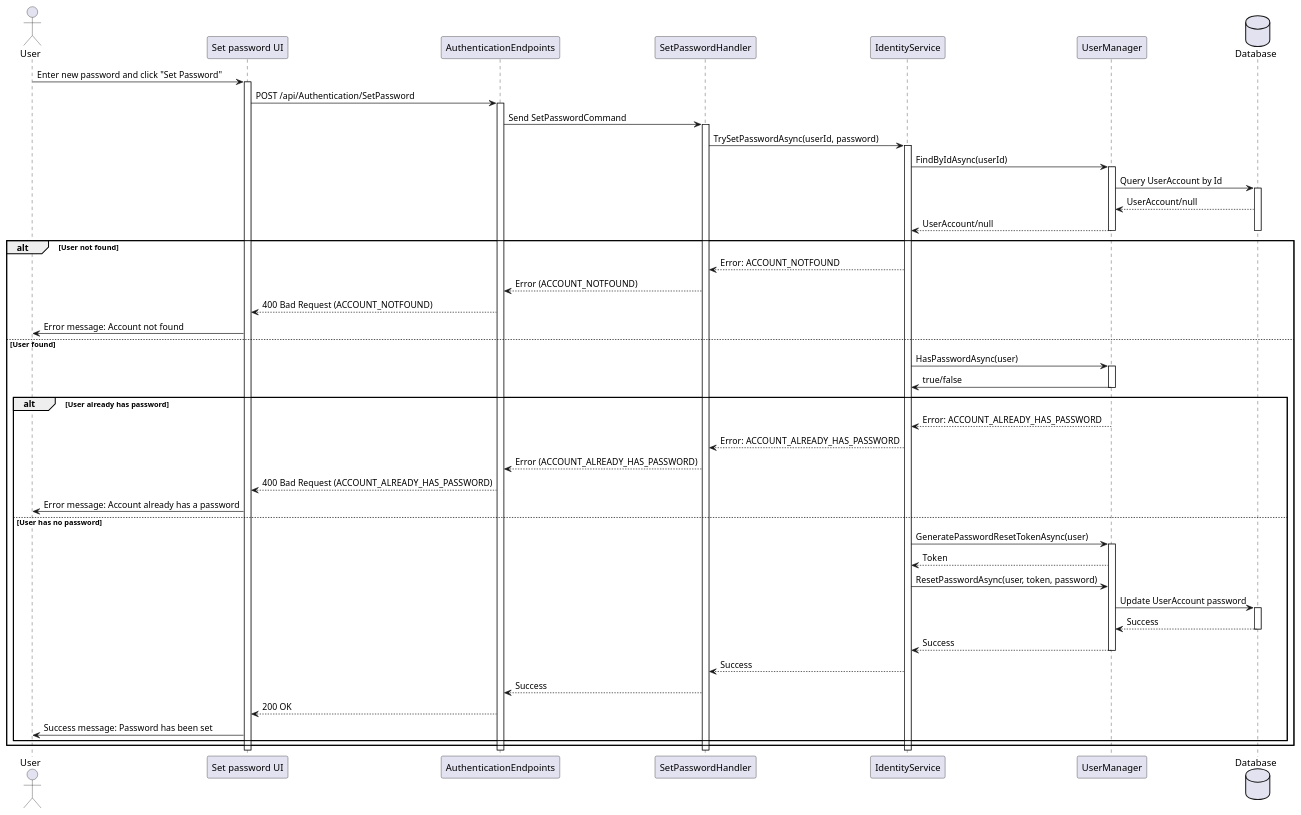
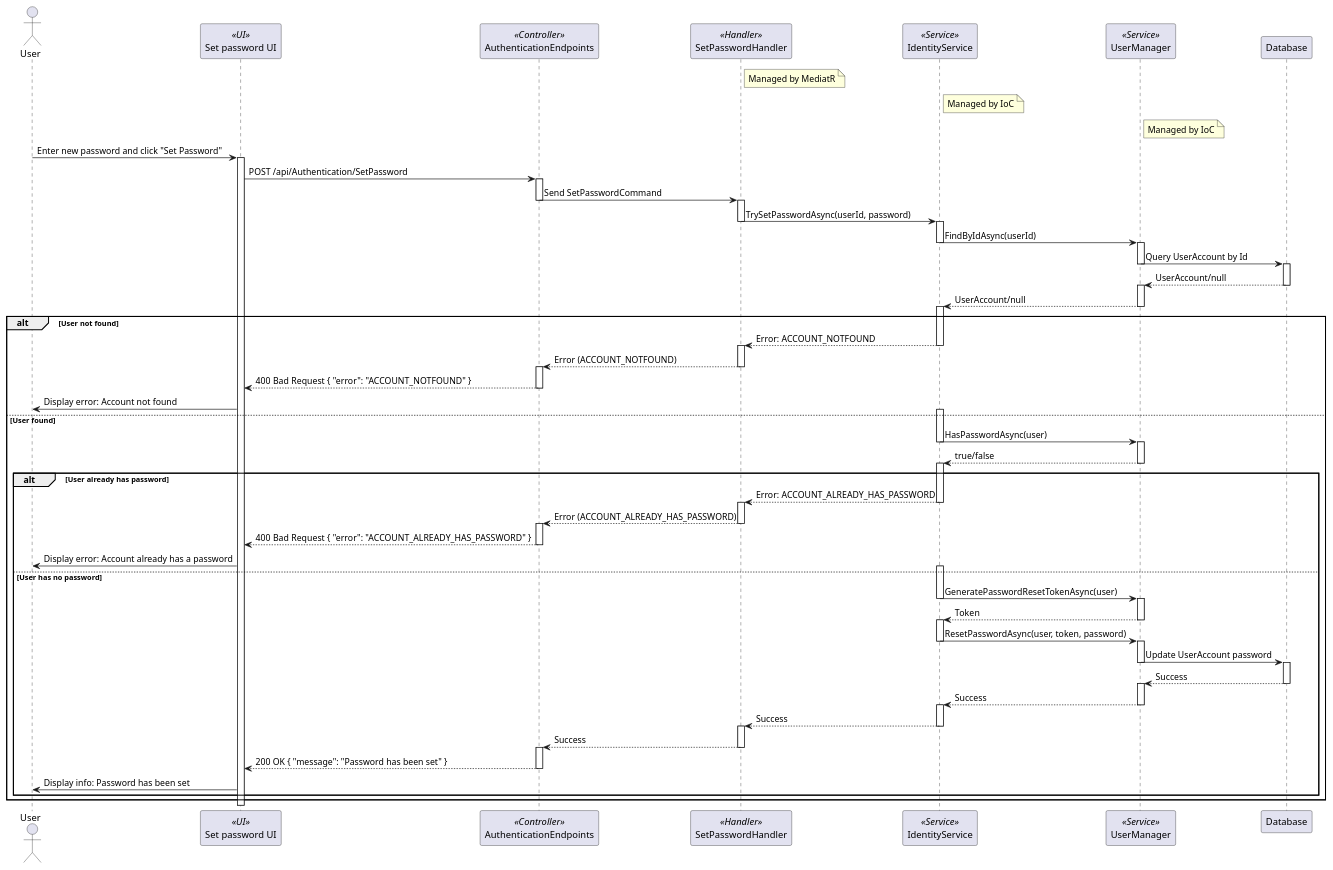
One commit to thanhkhac/SEP_Diagram changed the diagram in authentication/sequence/11_SetPassword.puml. Above: the diagram before and after it, drawn with PlantUML. The commit also changed 30 other files, not shown here.

Commit message:
Enhance sequence diagrams with detailed flow and roles

```diff
--- a/authentication/sequence/11_SetPassword.puml
+++ b/authentication/sequence/11_SetPassword.puml
@@ -1,67 +1,104 @@
 @startuml
 actor User
-participant "Set password UI" as UI
-participant AuthenticationEndpoints
-participant SetPasswordHandler
-participant IdentityService
-participant UserManager
-Database Database
+participant "Set password UI" as UI <<UI>>
+participant AuthenticationEndpoints <<Controller>>
+participant SetPasswordHandler <<Handler>>
+participant IdentityService <<Service>>
+participant UserManager <<Service>>
+participant Database
+
+note right of SetPasswordHandler
+  Managed by MediatR
+end note
+
+note right of IdentityService
+  Managed by IoC
+end note
+
+note right of UserManager
+  Managed by IoC
+end note
 
 User -> UI : Enter new password and click "Set Password"
 activate UI
 UI -> AuthenticationEndpoints : POST /api/Authentication/SetPassword
 activate AuthenticationEndpoints
 AuthenticationEndpoints -> SetPasswordHandler : Send SetPasswordCommand
+deactivate AuthenticationEndpoints
 activate SetPasswordHandler
 SetPasswordHandler -> IdentityService : TrySetPasswordAsync(userId, password)
+deactivate SetPasswordHandler
 activate IdentityService
 IdentityService -> UserManager : FindByIdAsync(userId)
+deactivate IdentityService
 activate UserManager
 UserManager -> Database : Query UserAccount by Id
+deactivate UserManager
 activate Database
 Database --> UserManager : UserAccount/null
-    UserManager --> IdentityService : UserAccount/null
-
 deactivate Database
+activate UserManager
+UserManager --> IdentityService : UserAccount/null
+deactivate UserManager
+activate IdentityService
+alt User not found
+    IdentityService --> SetPasswordHandler : Error: ACCOUNT_NOTFOUND
+    deactivate IdentityService
+    activate SetPasswordHandler
+    SetPasswordHandler --> AuthenticationEndpoints : Error (ACCOUNT_NOTFOUND)
+    deactivate SetPasswordHandler
+    activate AuthenticationEndpoints
+    AuthenticationEndpoints --> UI : 400 Bad Request { "error": "ACCOUNT_NOTFOUND" }
+    deactivate AuthenticationEndpoints
+    UI -> User : Display error: Account not found
+else User found
+    activate IdentityService
+    IdentityService -> UserManager : HasPasswordAsync(user)
+    deactivate IdentityService
+    activate UserManager
+    UserManager --> IdentityService : true/false
     deactivate UserManager
-
-alt User not found
-    deactivate UserManager
-    IdentityService --> SetPasswordHandler : Error: ACCOUNT_NOTFOUND
-    SetPasswordHandler --> AuthenticationEndpoints : Error (ACCOUNT_NOTFOUND)
-    AuthenticationEndpoints --> UI : 400 Bad Request (ACCOUNT_NOTFOUND)
-    UI -> User : Error message: Account not found
-else User found
-    IdentityService -> UserManager : HasPasswordAsync(user)
-    activate UserManager
-    UserManager -> IdentityService: true/false
-    deactivate UserManager
+    activate IdentityService
     alt User already has password
-        UserManager --> IdentityService : Error: ACCOUNT_ALREADY_HAS_PASSWORD
-        
         IdentityService --> SetPasswordHandler : Error: ACCOUNT_ALREADY_HAS_PASSWORD
+        deactivate IdentityService
+        activate SetPasswordHandler
         SetPasswordHandler --> AuthenticationEndpoints : Error (ACCOUNT_ALREADY_HAS_PASSWORD)
-        AuthenticationEndpoints --> UI : 400 Bad Request (ACCOUNT_ALREADY_HAS_PASSWORD)
-        UI -> User : Error message: Account already has a password
+        deactivate SetPasswordHandler
+        activate AuthenticationEndpoints
+        AuthenticationEndpoints --> UI : 400 Bad Request { "error": "ACCOUNT_ALREADY_HAS_PASSWORD" }
+        deactivate AuthenticationEndpoints
+        UI -> User : Display error: Account already has a password
     else User has no password
+        activate IdentityService
         IdentityService -> UserManager : GeneratePasswordResetTokenAsync(user)
+        deactivate IdentityService
         activate UserManager
         UserManager --> IdentityService : Token
+        deactivate UserManager
+        activate IdentityService
         IdentityService -> UserManager : ResetPasswordAsync(user, token, password)
+        deactivate IdentityService
+        activate UserManager
         UserManager -> Database : Update UserAccount password
+        deactivate UserManager
         activate Database
         Database --> UserManager : Success
         deactivate Database
+        activate UserManager
         UserManager --> IdentityService : Success
         deactivate UserManager
+        activate IdentityService
         IdentityService --> SetPasswordHandler : Success
+        deactivate IdentityService
+        activate SetPasswordHandler
         SetPasswordHandler --> AuthenticationEndpoints : Success
-        AuthenticationEndpoints --> UI : 200 OK
-        UI -> User : Success message: Password has been set
+        deactivate SetPasswordHandler
+        activate AuthenticationEndpoints
+        AuthenticationEndpoints --> UI : 200 OK { "message": "Password has been set" }
+        deactivate AuthenticationEndpoints
+        UI -> User : Display info: Password has been set
     end
 end
-deactivate IdentityService
-deactivate SetPasswordHandler
-deactivate AuthenticationEndpoints
-deactivate UI
+
 @enduml
```
